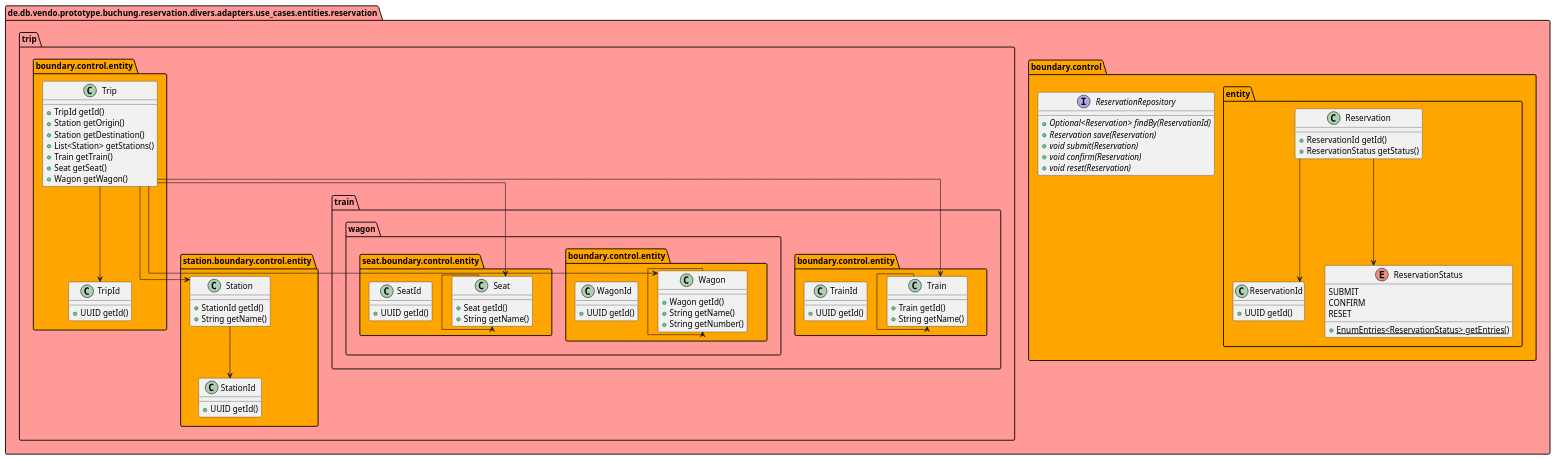
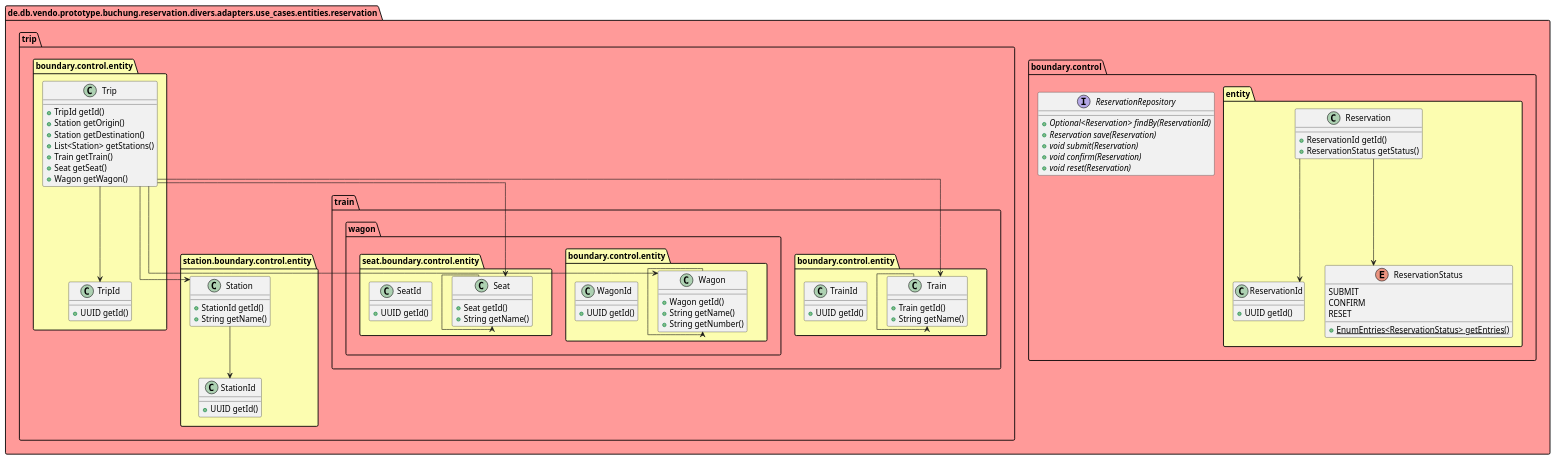
The diagram in doc/uml/puml/er-model.puml (punkratz312/reservation-proto), drawn with PlantUML before and after one commit. The commit also changed 12 other files, not shown here.

```diff
--- a/doc/uml/puml/er-model.puml
+++ b/doc/uml/puml/er-model.puml
@@ -1,105 +1,107 @@
 @startuml
 !pragma useIntermediatePackages false
 skinparam linetype ortho
 show stereotype
+package divers as de.db.vendo.prototype.buchung.reservation.divers #lightblue {}
+package adapters as de.db.vendo.prototype.buchung.reservation.divers.adapters #lightblue {}
 package use_cases as de.db.vendo.prototype.buchung.reservation.divers.adapters.use_cases #ff9a99 {}
 package entities as de.db.vendo.prototype.buchung.reservation.divers.adapters.use_cases.entities #ff9a99 {}
 package reservation as de.db.vendo.prototype.buchung.reservation.divers.adapters.use_cases.entities.reservation #ff9a99 {}
 package boundary as de.db.vendo.prototype.buchung.reservation.divers.adapters.use_cases.entities.reservation.boundary #ff9a99 {}
-package control as de.db.vendo.prototype.buchung.reservation.divers.adapters.use_cases.entities.reservation.boundary.control #orange {}
-package entity as de.db.vendo.prototype.buchung.reservation.divers.adapters.use_cases.entities.reservation.boundary.control.entity #orange {}
+package control as de.db.vendo.prototype.buchung.reservation.divers.adapters.use_cases.entities.reservation.boundary.control #ff9a99 {}
+package entity as de.db.vendo.prototype.buchung.reservation.divers.adapters.use_cases.entities.reservation.boundary.control.entity #fcfdb0 {}
 package trip as de.db.vendo.prototype.buchung.reservation.divers.adapters.use_cases.entities.reservation.trip #ff9a99 {}
 package boundary as de.db.vendo.prototype.buchung.reservation.divers.adapters.use_cases.entities.reservation.trip.boundary #ff9a99 {}
-package control as de.db.vendo.prototype.buchung.reservation.divers.adapters.use_cases.entities.reservation.trip.boundary.control #orange {}
-package entity as de.db.vendo.prototype.buchung.reservation.divers.adapters.use_cases.entities.reservation.trip.boundary.control.entity #orange {}
+package control as de.db.vendo.prototype.buchung.reservation.divers.adapters.use_cases.entities.reservation.trip.boundary.control #ff9a99 {}
+package entity as de.db.vendo.prototype.buchung.reservation.divers.adapters.use_cases.entities.reservation.trip.boundary.control.entity #fcfdb0 {}
 package station as de.db.vendo.prototype.buchung.reservation.divers.adapters.use_cases.entities.reservation.trip.station #ff9a99 {}
 package boundary as de.db.vendo.prototype.buchung.reservation.divers.adapters.use_cases.entities.reservation.trip.station.boundary #ff9a99 {}
-package control as de.db.vendo.prototype.buchung.reservation.divers.adapters.use_cases.entities.reservation.trip.station.boundary.control #orange {}
-package entity as de.db.vendo.prototype.buchung.reservation.divers.adapters.use_cases.entities.reservation.trip.station.boundary.control.entity #orange {}
+package control as de.db.vendo.prototype.buchung.reservation.divers.adapters.use_cases.entities.reservation.trip.station.boundary.control #ff9a99 {}
+package entity as de.db.vendo.prototype.buchung.reservation.divers.adapters.use_cases.entities.reservation.trip.station.boundary.control.entity #fcfdb0 {}
 package train as de.db.vendo.prototype.buchung.reservation.divers.adapters.use_cases.entities.reservation.trip.train #ff9a99 {}
 package boundary as de.db.vendo.prototype.buchung.reservation.divers.adapters.use_cases.entities.reservation.trip.train.boundary #ff9a99 {}
-package control as de.db.vendo.prototype.buchung.reservation.divers.adapters.use_cases.entities.reservation.trip.train.boundary.control #orange {}
-package entity as de.db.vendo.prototype.buchung.reservation.divers.adapters.use_cases.entities.reservation.trip.train.boundary.control.entity #orange {}
+package control as de.db.vendo.prototype.buchung.reservation.divers.adapters.use_cases.entities.reservation.trip.train.boundary.control #ff9a99 {}
+package entity as de.db.vendo.prototype.buchung.reservation.divers.adapters.use_cases.entities.reservation.trip.train.boundary.control.entity #fcfdb0 {}
 package wagon as de.db.vendo.prototype.buchung.reservation.divers.adapters.use_cases.entities.reservation.trip.train.wagon #ff9a99 {}
 package boundary as de.db.vendo.prototype.buchung.reservation.divers.adapters.use_cases.entities.reservation.trip.train.wagon.boundary #ff9a99 {}
-package control as de.db.vendo.prototype.buchung.reservation.divers.adapters.use_cases.entities.reservation.trip.train.wagon.boundary.control #orange {}
-package entity as de.db.vendo.prototype.buchung.reservation.divers.adapters.use_cases.entities.reservation.trip.train.wagon.boundary.control.entity #orange {}
+package control as de.db.vendo.prototype.buchung.reservation.divers.adapters.use_cases.entities.reservation.trip.train.wagon.boundary.control #ff9a99 {}
+package entity as de.db.vendo.prototype.buchung.reservation.divers.adapters.use_cases.entities.reservation.trip.train.wagon.boundary.control.entity #fcfdb0 {}
 package seat as de.db.vendo.prototype.buchung.reservation.divers.adapters.use_cases.entities.reservation.trip.train.wagon.seat #ff9a99 {}
 package boundary as de.db.vendo.prototype.buchung.reservation.divers.adapters.use_cases.entities.reservation.trip.train.wagon.seat.boundary #ff9a99 {}
-package control as de.db.vendo.prototype.buchung.reservation.divers.adapters.use_cases.entities.reservation.trip.train.wagon.seat.boundary.control #orange {}
-package entity as de.db.vendo.prototype.buchung.reservation.divers.adapters.use_cases.entities.reservation.trip.train.wagon.seat.boundary.control.entity #orange {}
+package control as de.db.vendo.prototype.buchung.reservation.divers.adapters.use_cases.entities.reservation.trip.train.wagon.seat.boundary.control #ff9a99 {}
+package entity as de.db.vendo.prototype.buchung.reservation.divers.adapters.use_cases.entities.reservation.trip.train.wagon.seat.boundary.control.entity #fcfdb0 {}
 
 interface "ReservationRepository" as de.db.vendo.prototype.buchung.reservation.divers.adapters.use_cases.entities.reservation.boundary.control.ReservationRepository {
   + {abstract}Optional<Reservation> findBy(ReservationId)
   + {abstract}Reservation save(Reservation)
   + {abstract}void submit(Reservation)
   + {abstract}void confirm(Reservation)
   + {abstract}void reset(Reservation)
 }
 class "Reservation" as de.db.vendo.prototype.buchung.reservation.divers.adapters.use_cases.entities.reservation.boundary.control.entity.Reservation {
   +ReservationId getId()
   +ReservationStatus getStatus()
 }
 class "ReservationId" as de.db.vendo.prototype.buchung.reservation.divers.adapters.use_cases.entities.reservation.boundary.control.entity.ReservationId {
   +UUID getId()
 }
 enum "ReservationStatus" as de.db.vendo.prototype.buchung.reservation.divers.adapters.use_cases.entities.reservation.boundary.control.entity.ReservationStatus {
   SUBMIT
   CONFIRM
   RESET
   __
   + {static}EnumEntries<ReservationStatus> getEntries()
 }
 class "Trip" as de.db.vendo.prototype.buchung.reservation.divers.adapters.use_cases.entities.reservation.trip.boundary.control.entity.Trip {
   +TripId getId()
   +Station getOrigin()
   +Station getDestination()
   +List<Station> getStations()
   +Train getTrain()
   +Seat getSeat()
   +Wagon getWagon()
 }
 class "TripId" as de.db.vendo.prototype.buchung.reservation.divers.adapters.use_cases.entities.reservation.trip.boundary.control.entity.TripId {
   +UUID getId()
 }
 class "Station" as de.db.vendo.prototype.buchung.reservation.divers.adapters.use_cases.entities.reservation.trip.station.boundary.control.entity.Station {
   +StationId getId()
   +String getName()
 }
 class "StationId" as de.db.vendo.prototype.buchung.reservation.divers.adapters.use_cases.entities.reservation.trip.station.boundary.control.entity.StationId {
   +UUID getId()
 }
 class "Train" as de.db.vendo.prototype.buchung.reservation.divers.adapters.use_cases.entities.reservation.trip.train.boundary.control.entity.Train {
   +Train getId()
   +String getName()
 }
 class "TrainId" as de.db.vendo.prototype.buchung.reservation.divers.adapters.use_cases.entities.reservation.trip.train.boundary.control.entity.TrainId {
   +UUID getId()
 }
 class "Wagon" as de.db.vendo.prototype.buchung.reservation.divers.adapters.use_cases.entities.reservation.trip.train.wagon.boundary.control.entity.Wagon {
   +Wagon getId()
   +String getName()
   +String getNumber()
 }
 class "WagonId" as de.db.vendo.prototype.buchung.reservation.divers.adapters.use_cases.entities.reservation.trip.train.wagon.boundary.control.entity.WagonId {
   +UUID getId()
 }
 class "Seat" as de.db.vendo.prototype.buchung.reservation.divers.adapters.use_cases.entities.reservation.trip.train.wagon.seat.boundary.control.entity.Seat {
   +Seat getId()
   +String getName()
 }
 class "SeatId" as de.db.vendo.prototype.buchung.reservation.divers.adapters.use_cases.entities.reservation.trip.train.wagon.seat.boundary.control.entity.SeatId {
   +UUID getId()
 }
 de.db.vendo.prototype.buchung.reservation.divers.adapters.use_cases.entities.reservation.boundary.control.entity.Reservation --> de.db.vendo.prototype.buchung.reservation.divers.adapters.use_cases.entities.reservation.boundary.control.entity.ReservationId
 de.db.vendo.prototype.buchung.reservation.divers.adapters.use_cases.entities.reservation.boundary.control.entity.Reservation --> de.db.vendo.prototype.buchung.reservation.divers.adapters.use_cases.entities.reservation.boundary.control.entity.ReservationStatus
 de.db.vendo.prototype.buchung.reservation.divers.adapters.use_cases.entities.reservation.trip.boundary.control.entity.Trip --> de.db.vendo.prototype.buchung.reservation.divers.adapters.use_cases.entities.reservation.trip.boundary.control.entity.TripId
 de.db.vendo.prototype.buchung.reservation.divers.adapters.use_cases.entities.reservation.trip.boundary.control.entity.Trip --> de.db.vendo.prototype.buchung.reservation.divers.adapters.use_cases.entities.reservation.trip.station.boundary.control.entity.Station
 de.db.vendo.prototype.buchung.reservation.divers.adapters.use_cases.entities.reservation.trip.boundary.control.entity.Trip --> de.db.vendo.prototype.buchung.reservation.divers.adapters.use_cases.entities.reservation.trip.train.wagon.seat.boundary.control.entity.Seat
 de.db.vendo.prototype.buchung.reservation.divers.adapters.use_cases.entities.reservation.trip.boundary.control.entity.Trip --> de.db.vendo.prototype.buchung.reservation.divers.adapters.use_cases.entities.reservation.trip.train.boundary.control.entity.Train
 de.db.vendo.prototype.buchung.reservation.divers.adapters.use_cases.entities.reservation.trip.boundary.control.entity.Trip --> de.db.vendo.prototype.buchung.reservation.divers.adapters.use_cases.entities.reservation.trip.train.wagon.boundary.control.entity.Wagon
 de.db.vendo.prototype.buchung.reservation.divers.adapters.use_cases.entities.reservation.trip.station.boundary.control.entity.Station --> de.db.vendo.prototype.buchung.reservation.divers.adapters.use_cases.entities.reservation.trip.station.boundary.control.entity.StationId
 de.db.vendo.prototype.buchung.reservation.divers.adapters.use_cases.entities.reservation.trip.train.boundary.control.entity.Train --> de.db.vendo.prototype.buchung.reservation.divers.adapters.use_cases.entities.reservation.trip.train.boundary.control.entity.Train
 de.db.vendo.prototype.buchung.reservation.divers.adapters.use_cases.entities.reservation.trip.train.wagon.boundary.control.entity.Wagon --> de.db.vendo.prototype.buchung.reservation.divers.adapters.use_cases.entities.reservation.trip.train.wagon.boundary.control.entity.Wagon
 de.db.vendo.prototype.buchung.reservation.divers.adapters.use_cases.entities.reservation.trip.train.wagon.seat.boundary.control.entity.Seat --> de.db.vendo.prototype.buchung.reservation.divers.adapters.use_cases.entities.reservation.trip.train.wagon.seat.boundary.control.entity.Seat
 @enduml
```
